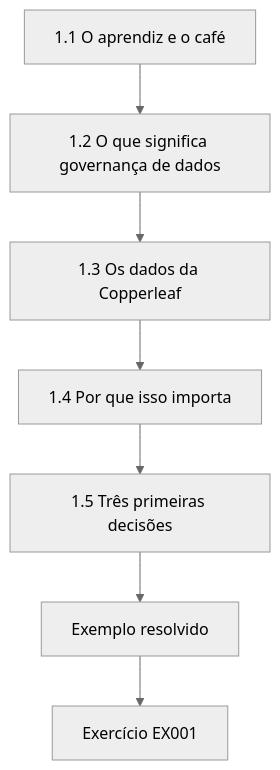
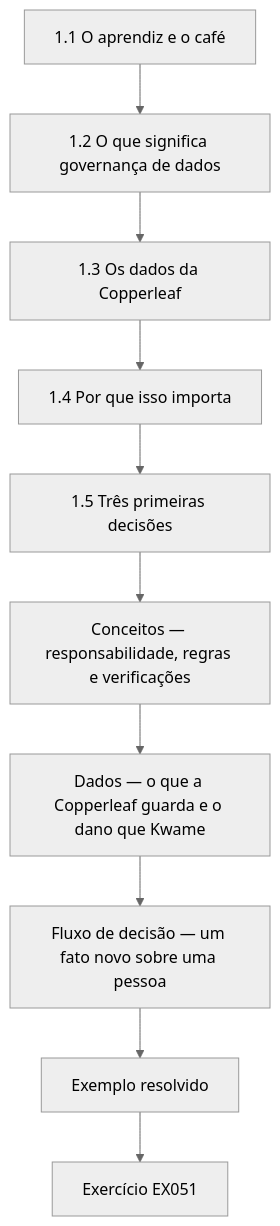
One commit to hiagokinlevi/CyKin changed the first of 12 diagrams in levels/rapid-1-month/data-governance/pt/book/MANUSCRIPT.md. Above: the diagram before and after it, drawn with Mermaid (neutral theme). The commit also changed other lines of this file and 1 other file, not shown here.

````diff
--- a/levels/rapid-1-month/data-governance/pt/book/MANUSCRIPT.md
+++ b/levels/rapid-1-month/data-governance/pt/book/MANUSCRIPT.md
@@ -45,11 +45,14 @@
 ```mermaid
 flowchart TD
   N0["1.1 O aprendiz e o café"]
   N1["1.2 O que significa governança de dados"]
   N2["1.3 Os dados da Copperleaf"]
   N3["1.4 Por que isso importa"]
   N4["1.5 Três primeiras decisões"]
-  N0 --> N1 --> N2 --> N3 --> N4
-  N4 --> EX["Exemplo resolvido"]
-  EX --> Q["Exercício EX001"]
+  N5["Conceitos — responsabilidade, regras e verificações"]
+  N6["Dados — o que a Copperleaf guarda e o dano que Kwame"]
+  N7["Fluxo de decisão — um fato novo sobre uma pessoa"]
+  N0 --> N1 --> N2 --> N3 --> N4 --> N5 --> N6 --> N7
+  N7 --> EX["Exemplo resolvido"]
+  EX --> Q["Exercício EX051"]
 ```
````
